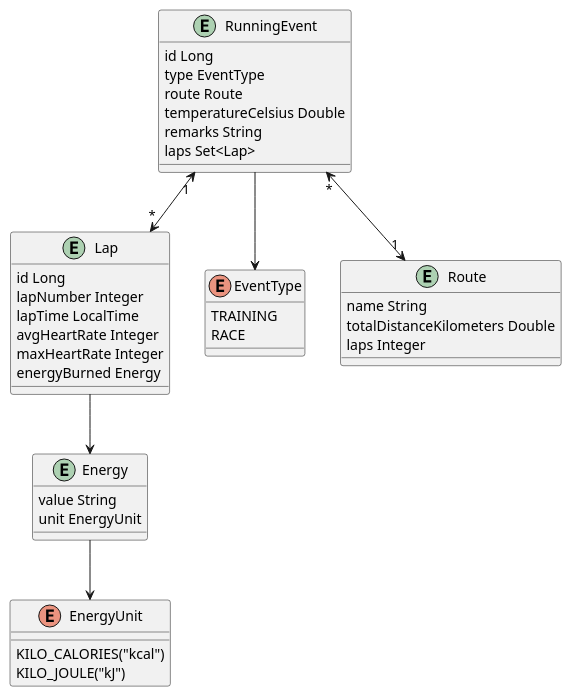
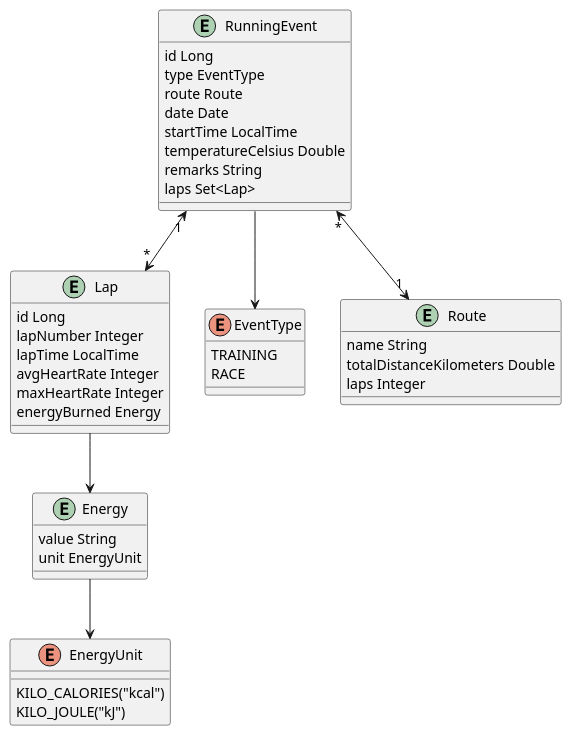
One commit to flozo/running changed the diagram in running_data_model.puml. Above: the diagram before and after it, drawn with PlantUML. The commit also changed 2 other files, not shown here.

```diff
--- a/running_data_model.puml
+++ b/running_data_model.puml
@@ -1,48 +1,50 @@
 @startuml
 enum EnergyUnit {
     KILO_CALORIES("kcal")
     KILO_JOULE("kJ")
 }
 
 entity Energy {
     value String
     unit EnergyUnit
 }
 
 entity Lap {
     id Long
     lapNumber Integer
     lapTime LocalTime
     avgHeartRate Integer
     maxHeartRate Integer
     energyBurned Energy
 }
 
 enum EventType {
     TRAINING
     RACE
 }
 
 entity Route {
     name String
     totalDistanceKilometers Double
     laps Integer
 }
 
 entity RunningEvent {
     id Long
     type EventType
     route Route
+    date Date
+    startTime LocalTime
     temperatureCelsius Double
     remarks String
     laps Set<Lap>
 }
 
 Energy --> EnergyUnit
 Lap --> Energy
 RunningEvent --> EventType
 RunningEvent "*" <--> "1" Route
 RunningEvent "1" <--> "*" Lap
 
 
 @enduml
```
